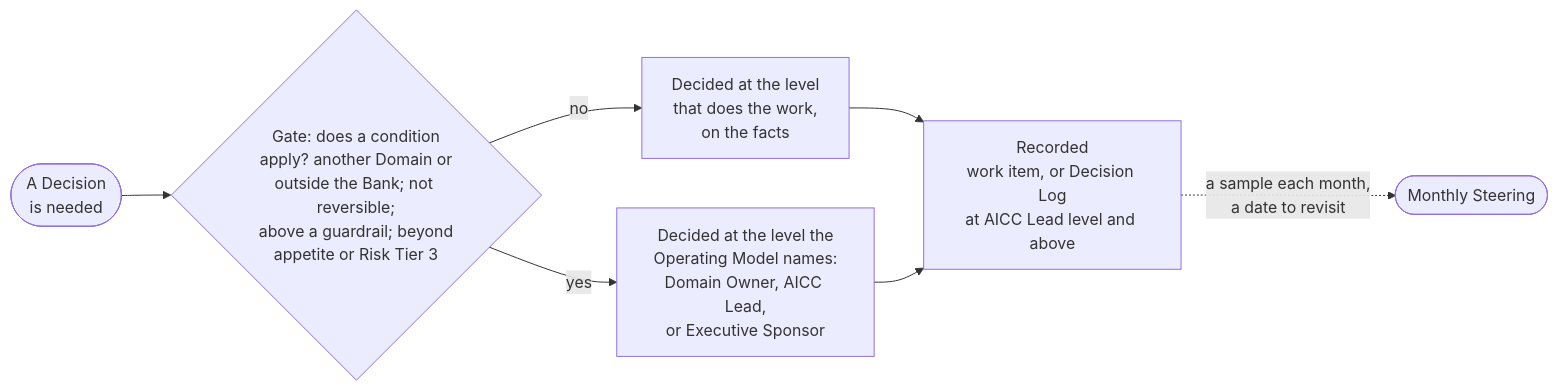
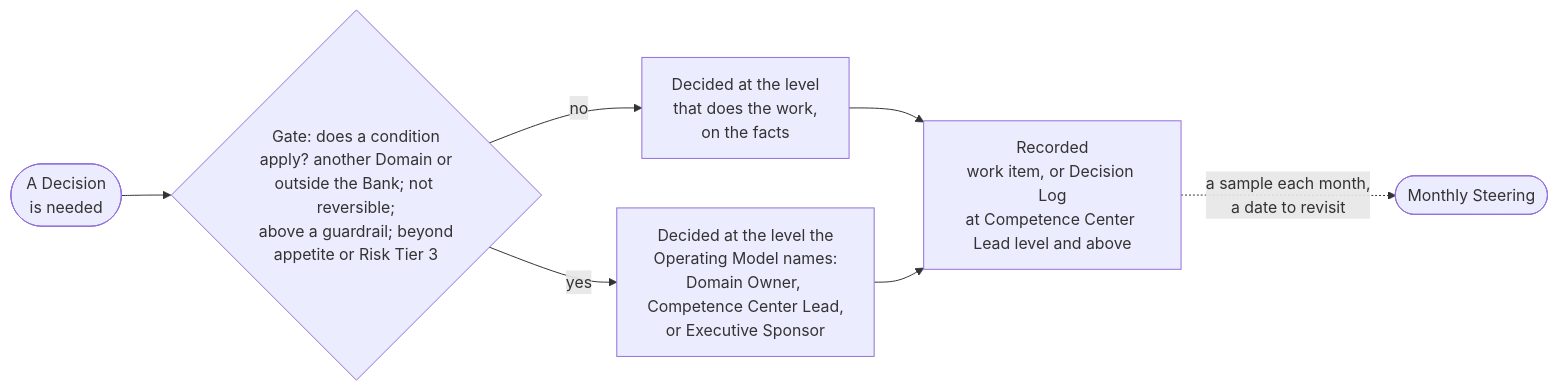
One commit to devhogu/ob-aicc changed the diagram in portal/content/en/governance/decisions-and-escalation.md. Above: the diagram before and after it, drawn with Mermaid. The commit also changed other lines of this file and 1149 other files, not shown here.

First line of the commit message:
The name Competence Center: AICC stays only as a code (DR-2026-066)

````diff
--- a/portal/content/en/governance/decisions-and-escalation.md
+++ b/portal/content/en/governance/decisions-and-escalation.md
@@ -18,9 +18,9 @@
 ```mermaid
 flowchart LR
   D(["A Decision<br/>is needed"]) --> Q{"Gate: does a condition<br/>apply? another Domain or<br/>outside the Bank; not reversible;<br/>above a guardrail; beyond<br/>appetite or Risk Tier 3"}
   Q -->|"no"| L["Decided at the level<br/>that does the work,<br/>on the facts"]
-  Q -->|"yes"| U["Decided at the level the<br/>Operating Model names:<br/>Domain Owner, AICC Lead,<br/>or Executive Sponsor"]
-  L --> R["Recorded<br/>work item, or Decision Log<br/>at AICC Lead level and above"]
+  Q -->|"yes"| U["Decided at the level the<br/>Operating Model names:<br/>Domain Owner, Competence Center Lead,<br/>or Executive Sponsor"]
+  L --> R["Recorded<br/>work item, or Decision Log<br/>at Competence Center Lead level and above"]
   U --> R
   R -.->|"a sample each month,<br/>a date to revisit"| S(["Monthly Steering"])
 ```
````
